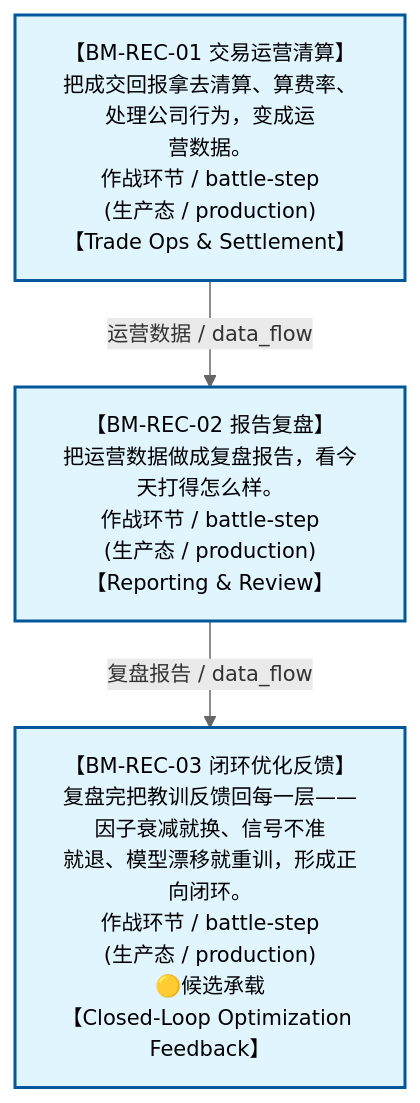
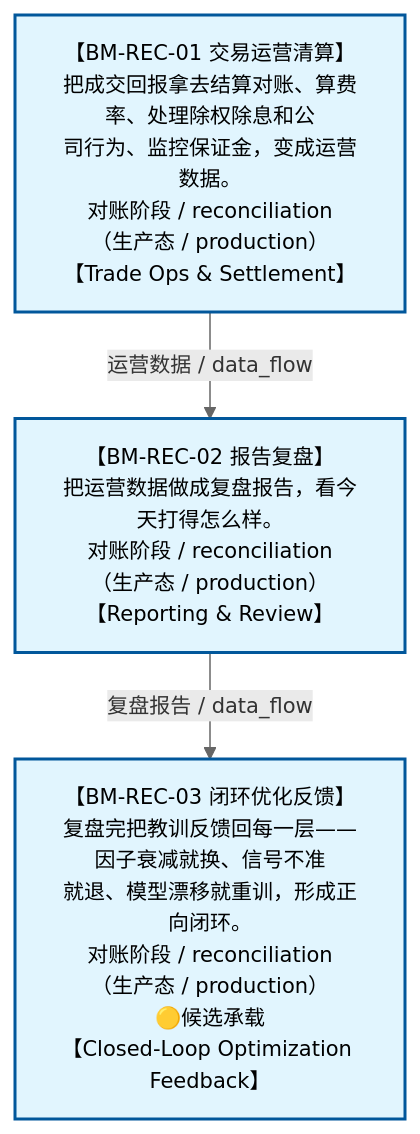
The diagram in docs/02_enterprise_architecture/07_trading_decision_architecture/battle_map/battle_map_06_reconciliation.md (xuanFelixVan/ZephyrAlpha), drawn with Mermaid before and after one commit. The commit also changed other lines of this file and 9 other files, not shown here.

First line of the commit message:
feat(battle_map): V0.4.0 作战地图父子嵌套机制——schema+写入校验+对齐检查+生成器subgraph+模板V1.5

````diff
--- a/docs/02_enterprise_architecture/07_trading_decision_architecture/battle_map/battle_map_06_reconciliation.md
+++ b/docs/02_enterprise_architecture/07_trading_decision_architecture/battle_map/battle_map_06_reconciliation.md
@@ -38,16 +38,16 @@
 ```mermaid
 %%{init: {'theme': 'base', 'themeVariables': {'primaryColor': '#eaeaea', 'primaryTextColor': '#333333', 'primaryBorderColor': '#666666', 'lineColor': '#666666', 'secondaryColor': '#eaeaea', 'tertiaryColor': '#eaeaea', 'clusterBkg': 'transparent', 'clusterBorder': 'transparent', 'fontSize': '14px'}}}%%
 %% 对账阶段图
 flowchart TD
-    BM_REC_01["【BM-REC-01 交易运营清算】<br/>把成交回报拿去清算、算费率、处理公司行为，变成运<br/>营数据。<br/>作战环节 / battle-step<br/>(生产态 / production)<br/>【Trade Ops &amp; Settlement】"]
-    BM_REC_02["【BM-REC-02 报告复盘】<br/>把运营数据做成复盘报告，看今天打得怎么样。<br/>作战环节 / battle-step<br/>(生产态 / production)<br/>【Reporting &amp; Review】"]
-    BM_REC_03["【BM-REC-03 闭环优化反馈】<br/>复盘完把教训反馈回每一层——因子衰减就换、信号不准<br/>就退、模型漂移就重训，形成正向闭环。<br/>作战环节 / battle-step<br/>(生产态 / production)<br/>🟡候选承载<br/>【Closed-Loop Optimization Feedback】"]
+    BM_REC_01["【BM-REC-01 交易运营清算】<br/>把成交回报拿去结算对账、算费率、处理除权除息和公<br/>司行为、监控保证金，变成运营数据。<br/>对账阶段 / reconciliation<br/>（生产态 / production）<br/>【Trade Ops &amp; Settlement】"]
+    BM_REC_02["【BM-REC-02 报告复盘】<br/>把运营数据做成复盘报告，看今天打得怎么样。<br/>对账阶段 / reconciliation<br/>（生产态 / production）<br/>【Reporting &amp; Review】"]
+    BM_REC_03["【BM-REC-03 闭环优化反馈】<br/>复盘完把教训反馈回每一层——因子衰减就换、信号不准<br/>就退、模型漂移就重训，形成正向闭环。<br/>对账阶段 / reconciliation<br/>（生产态 / production）<br/>🟡候选承载<br/>【Closed-Loop Optimization Feedback】"]
     BM_REC_01 -->|运营数据 / data_flow| BM_REC_02
     BM_REC_02 -->|复盘报告 / data_flow| BM_REC_03
 classDef production fill:#e1f5fe,stroke:#01579b,stroke-width:2px,color:#000
 classDef design fill:#fff3e0,stroke:#e65100,stroke-width:2px,color:#000,stroke-dasharray: 5 5
 classDef deprecated fill:#ffebee,stroke:#c62828,stroke-width:2px,color:#000
 classDef missing fill:#eeeeee,stroke:#9e9e9e,stroke-width:2px,color:#000
 classDef candidate fill:#fffde7,stroke:#f9a825,stroke-width:2px,color:#000,stroke-dasharray: 5 5
     class BM_REC_01,BM_REC_02,BM_REC_03 production
 ```
````
